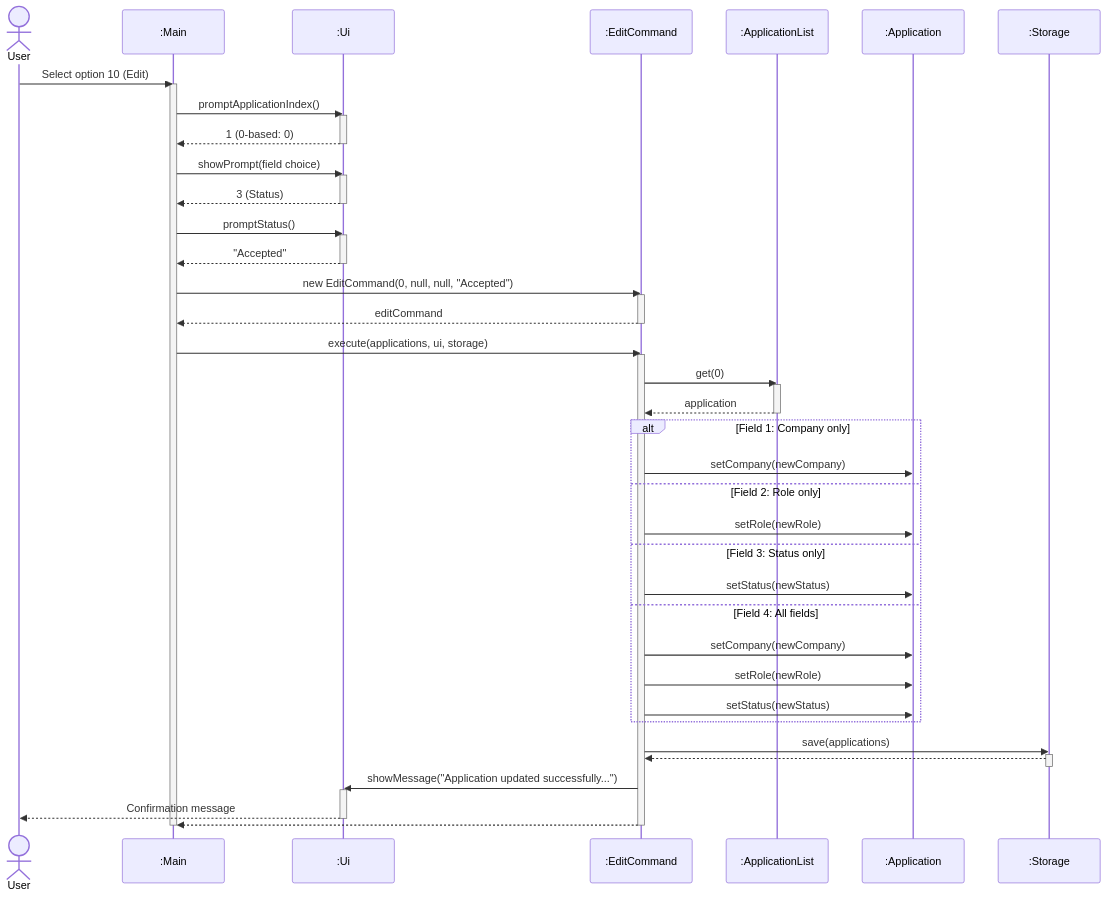
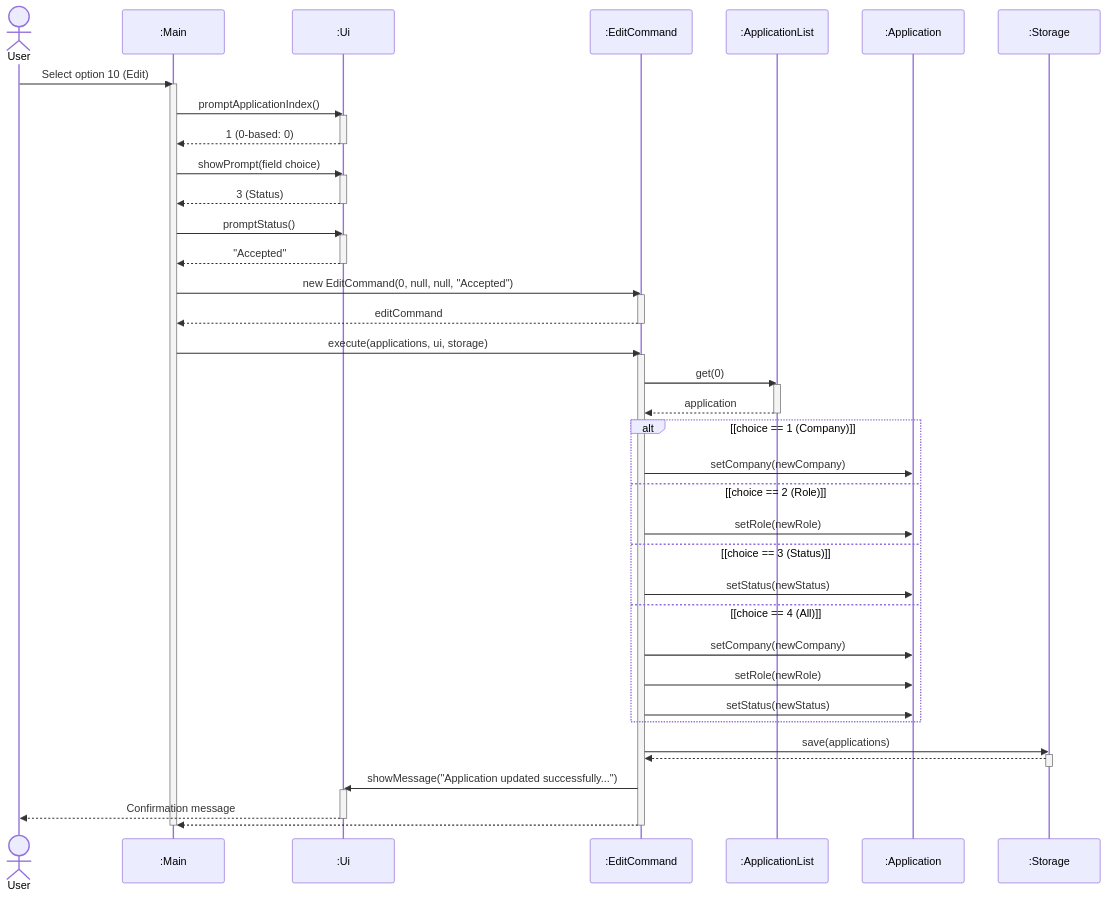
One commit to AY2627S1-CS2113-T10-2/tp changed diagram 13 of 21 in docs/DeveloperGuide.md. Above: the diagram before and after it, drawn with Mermaid. The commit also changed other lines of this file, not shown here.

First line of the commit message:
docs: align diagrams with reference guidelines and compact activity/object layouts

````diff
--- a/docs/DeveloperGuide.md
+++ b/docs/DeveloperGuide.md
@@ -788,59 +730,59 @@
 ```mermaid
 sequenceDiagram
     actor user as User
     participant main as :Main
     participant ui as :Ui
     participant cmd as :EditCommand
     participant list as :ApplicationList
     participant app as :Application
     participant storage as :Storage
 
     user->>main: Select option 10 (Edit)
     activate main
     main->>ui: promptApplicationIndex()
     activate ui
     ui-->>main: 1 (0-based: 0)
     deactivate ui
     main->>ui: showPrompt(field choice)
     activate ui
     ui-->>main: 3 (Status)
     deactivate ui
     main->>ui: promptStatus()
     activate ui
     ui-->>main: "Accepted"
     deactivate ui
     main->>cmd: new EditCommand(0, null, null, "Accepted")
     activate cmd
     cmd-->>main: editCommand
     deactivate cmd
     main->>cmd: execute(applications, ui, storage)
     activate cmd
     cmd->>list: get(0)
     activate list
     list-->>cmd: application
     deactivate list
 
-    alt Field 1: Company only
+    alt [choice == 1 (Company)]
         cmd->>app: setCompany(newCompany)
-    else Field 2: Role only
+    else [choice == 2 (Role)]
         cmd->>app: setRole(newRole)
-    else Field 3: Status only
+    else [choice == 3 (Status)]
         cmd->>app: setStatus(newStatus)
-    else Field 4: All fields
+    else [choice == 4 (All)]
         cmd->>app: setCompany(newCompany)
         cmd->>app: setRole(newRole)
         cmd->>app: setStatus(newStatus)
     end
 
     cmd->>storage: save(applications)
     activate storage
     storage-->>cmd: 
     deactivate storage
     cmd->>ui: showMessage("Application updated successfully...")
     activate ui
     ui-->>user: Confirmation message
     deactivate ui
     cmd-->>main: 
     deactivate cmd
     deactivate main
 ```
````
